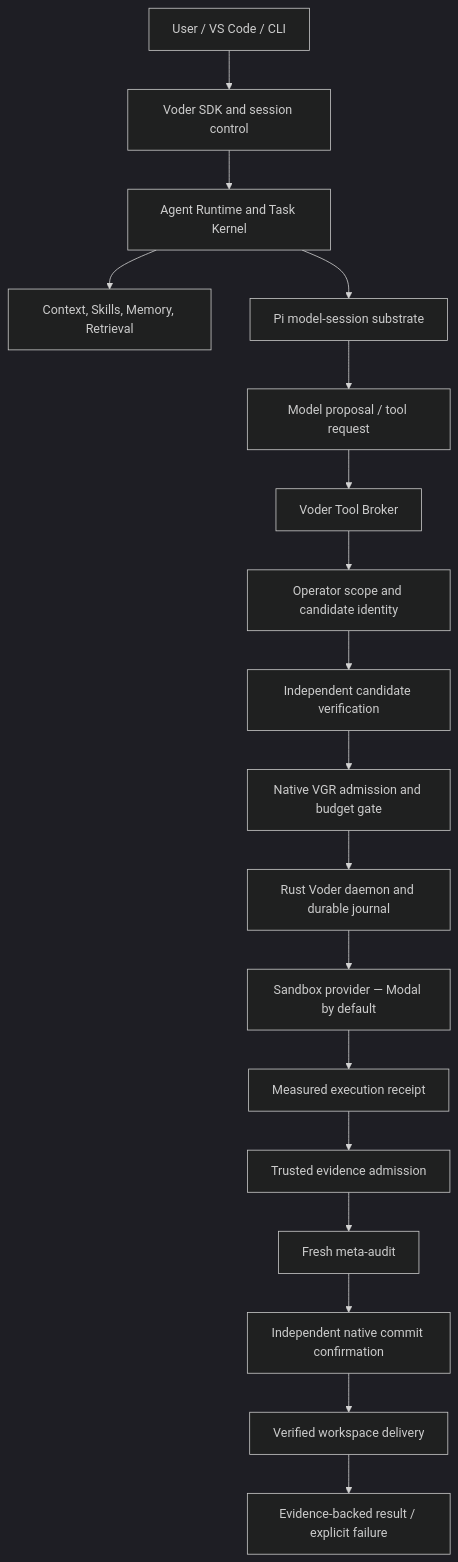
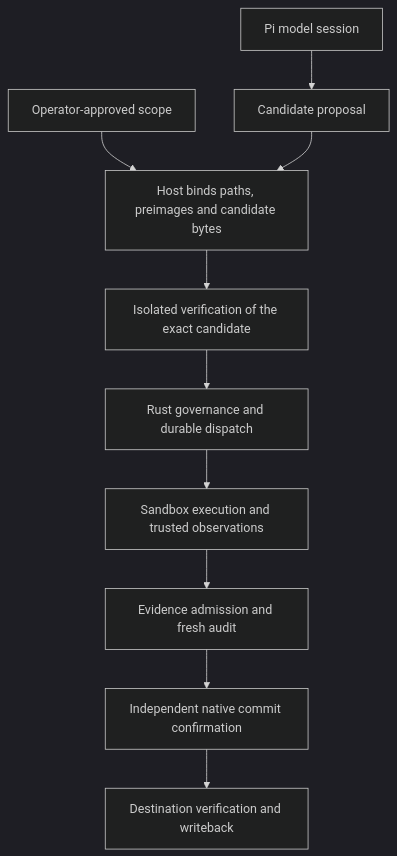
The diagram in README.md (brucewang123456789/GeniusTrail), drawn with Mermaid (dark theme) before and after one commit. The commit also changed other lines of this file, not shown here.

````diff
--- a/README.md
+++ b/README.md
@@ -74,20 +127,12 @@
 ```mermaid
 flowchart TD
-    U["User / VS Code / CLI"] --> SDK["Voder SDK and session control"]
-    SDK --> HOST["Agent Runtime and Task Kernel"]
-    HOST --> CTX["Context, Skills, Memory, Retrieval"]
-    HOST --> PI["Pi model-session substrate"]
-    PI --> PROP["Model proposal / tool request"]
-    PROP --> BROKER["Voder Tool Broker"]
-    BROKER --> SCOPE["Operator scope and candidate identity"]
-    SCOPE --> VERIFY["Independent candidate verification"]
-    VERIFY --> GATE["Native VGR admission and budget gate"]
-    GATE --> DAEMON["Rust Voder daemon and durable journal"]
-    DAEMON --> SANDBOX["Sandbox provider — Modal by default"]
-    SANDBOX --> RECEIPT["Measured execution receipt"]
-    RECEIPT --> EVIDENCE["Trusted evidence admission"]
-    EVIDENCE --> AUDIT["Fresh meta-audit"]
-    AUDIT --> COMMIT["Independent native commit confirmation"]
-    COMMIT --> DELIVERY["Verified workspace delivery"]
-    DELIVERY --> RESULT["Evidence-backed result / explicit failure"]
+    M["Pi model session"] --> P["Candidate proposal"]
+    U["Operator-approved scope"] --> H["Host binds paths, preimages and candidate bytes"]
+    P --> H
+    H --> V["Isolated verification of the exact candidate"]
+    V --> R["Rust governance and durable dispatch"]
+    R --> S["Sandbox execution and trusted observations"]
+    S --> A["Evidence admission and fresh audit"]
+    A --> C["Independent native commit confirmation"]
+    C --> D["Destination verification and writeback"]
 ```
````
